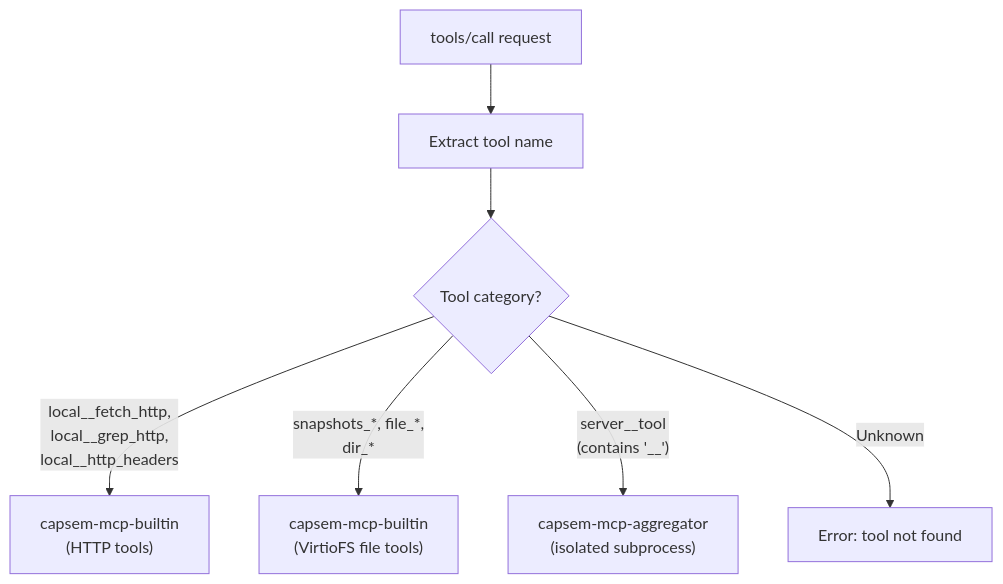
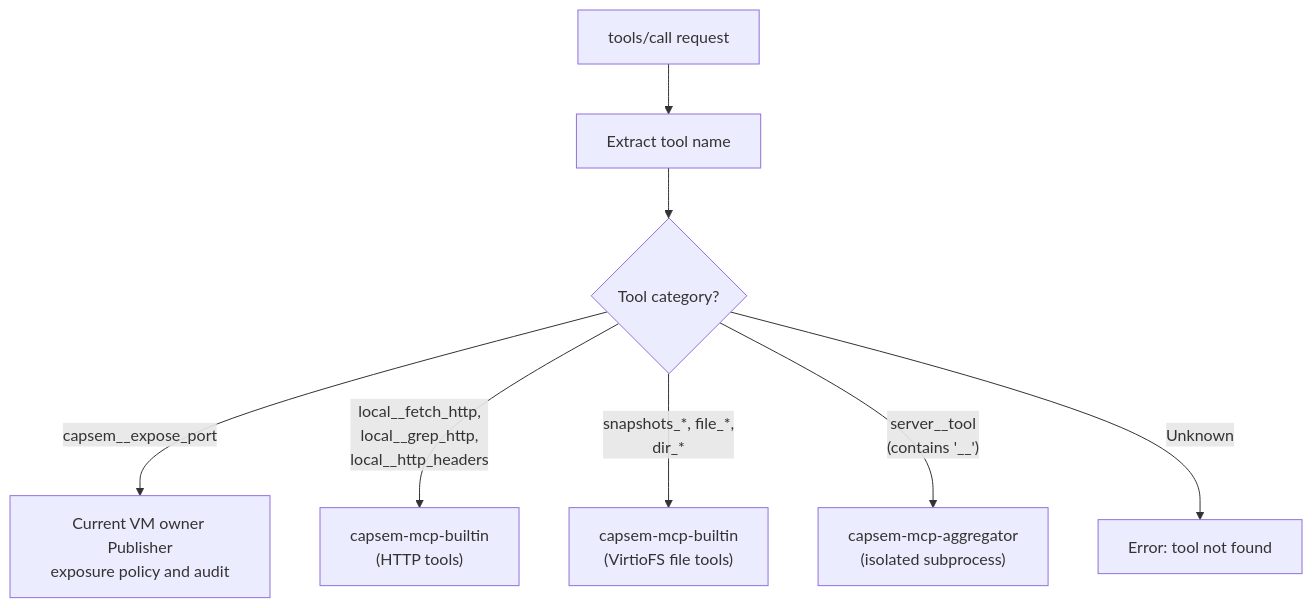
One commit to google/capsem changed the fourth of 4 diagrams in web/docs/src/content/docs/architecture/mcp-gateway.md. Above: the diagram before and after it, drawn with Mermaid. The commit also changed other lines of this file and 14 other files, not shown here.

Commit message:
feat(mcp): scope guest exposure to VM owner

````diff
--- a/web/docs/src/content/docs/architecture/mcp-gateway.md
+++ b/web/docs/src/content/docs/architecture/mcp-gateway.md
@@ -104,9 +106,10 @@
 ```mermaid
 graph TD
     REQ["tools/call request"] --> PARSE["Extract tool name"]
     PARSE --> CHECK{"Tool category?"}
+    CHECK -->|"capsem__expose_port"| OWNER["Current VM owner Publisher<br/>exposure policy and audit"]
     CHECK -->|"local__fetch_http,<br/>local__grep_http,<br/>local__http_headers"| BUILTIN["capsem-mcp-builtin<br/>(HTTP tools)"]
     CHECK -->|"snapshots_*, file_*,<br/>dir_*"| FILE["capsem-mcp-builtin<br/>(VirtioFS file tools)"]
     CHECK -->|"server__tool<br/>(contains '__')"| EXT["capsem-mcp-aggregator<br/>(isolated subprocess)"]
     CHECK -->|"Unknown"| ERR["Error: tool not found"]
 ```
````
